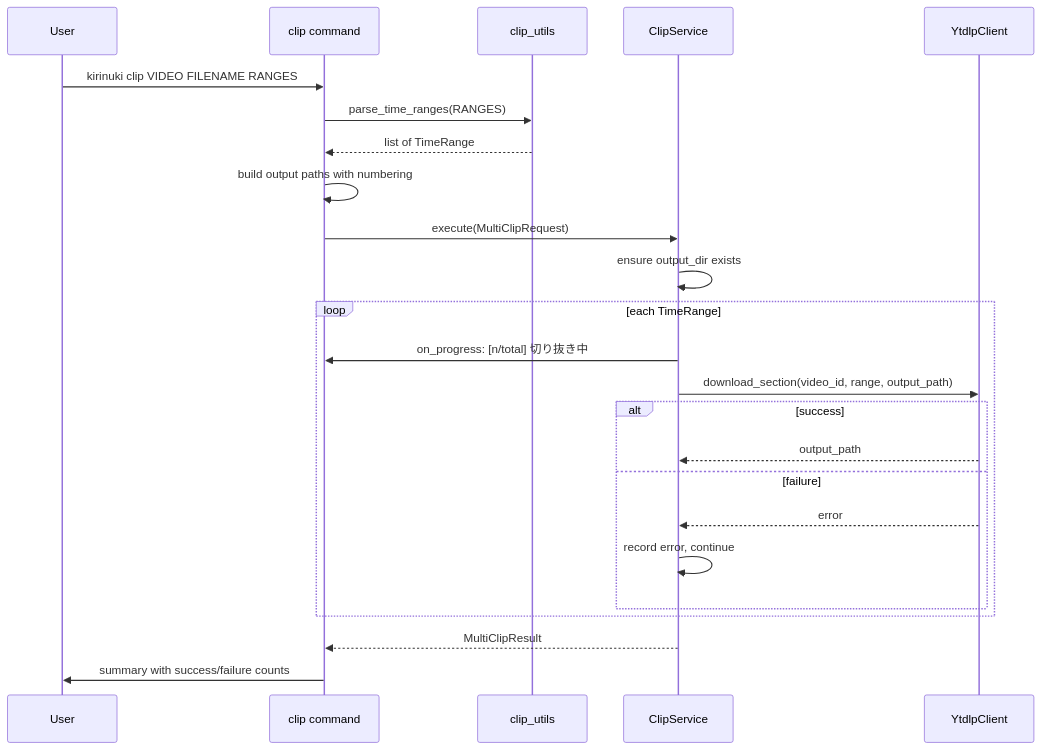
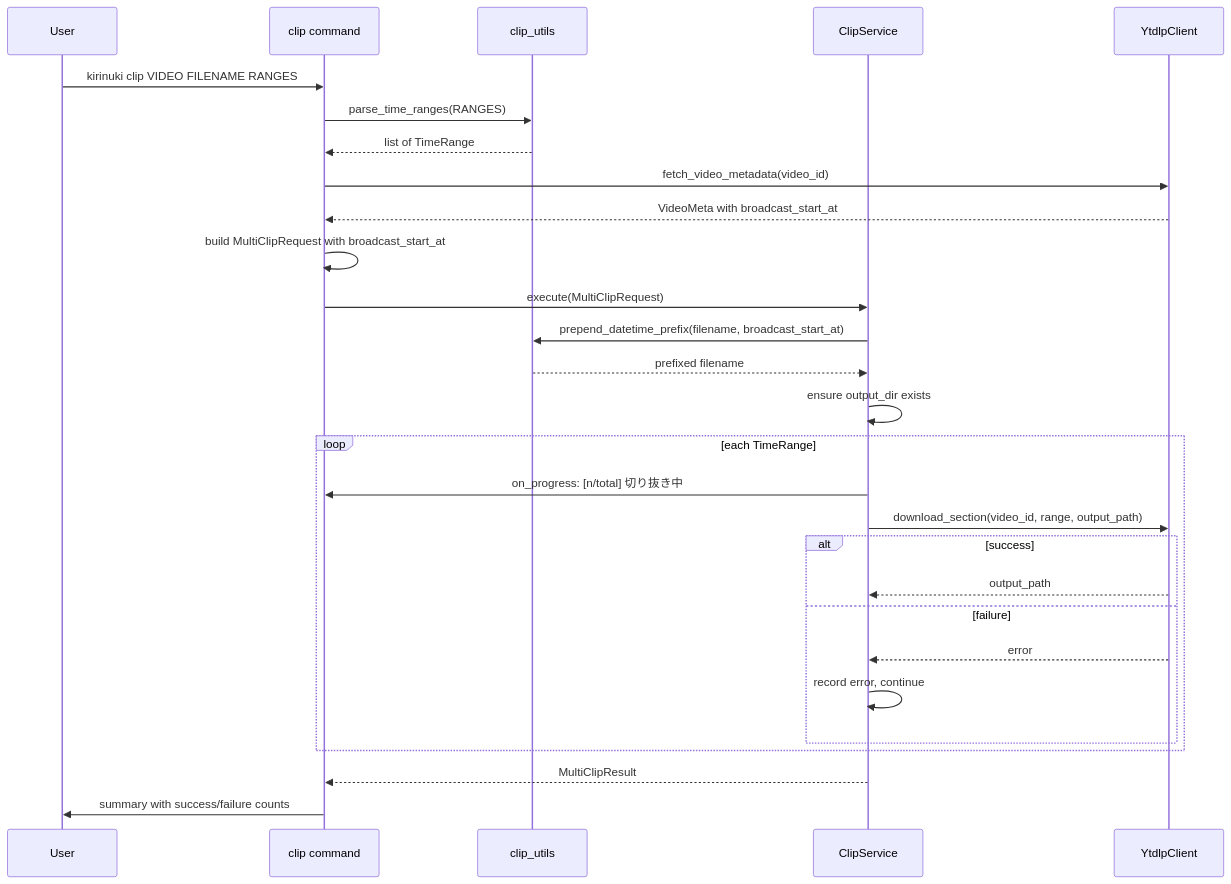
The second of 2 diagrams in .kiro/specs/multi-clip/design.md (ayapi/kirinuki), drawn with Mermaid before and after one commit. The commit also changed other lines of this file and 4 other files, not shown here.

First line of the commit message:
feat(spec): multi-clip に配信開始日時プレフィックス要件を追加

````diff
--- a/.kiro/specs/multi-clip/design.md
+++ b/.kiro/specs/multi-clip/design.md
@@ -79,29 +82,33 @@
 ```mermaid
 sequenceDiagram
     participant User
     participant CLI as clip command
     participant Utils as clip_utils
     participant Service as ClipService
     participant Ytdlp as YtdlpClient
 
     User->>CLI: kirinuki clip VIDEO FILENAME RANGES
     CLI->>Utils: parse_time_ranges(RANGES)
     Utils-->>CLI: list of TimeRange
-    CLI->>CLI: build output paths with numbering
+    CLI->>Ytdlp: fetch_video_metadata(video_id)
+    Ytdlp-->>CLI: VideoMeta with broadcast_start_at
+    CLI->>CLI: build MultiClipRequest with broadcast_start_at
     CLI->>Service: execute(MultiClipRequest)
+    Service->>Utils: prepend_datetime_prefix(filename, broadcast_start_at)
+    Utils-->>Service: prefixed filename
     Service->>Service: ensure output_dir exists
 
     loop each TimeRange
         Service->>CLI: on_progress: [n/total] 切り抜き中
         Service->>Ytdlp: download_section(video_id, range, output_path)
         alt success
             Ytdlp-->>Service: output_path
         else failure
             Ytdlp-->>Service: error
             Service->>Service: record error, continue
         end
     end
 
     Service-->>CLI: MultiClipResult
     CLI->>User: summary with success/failure counts
 ```
````
